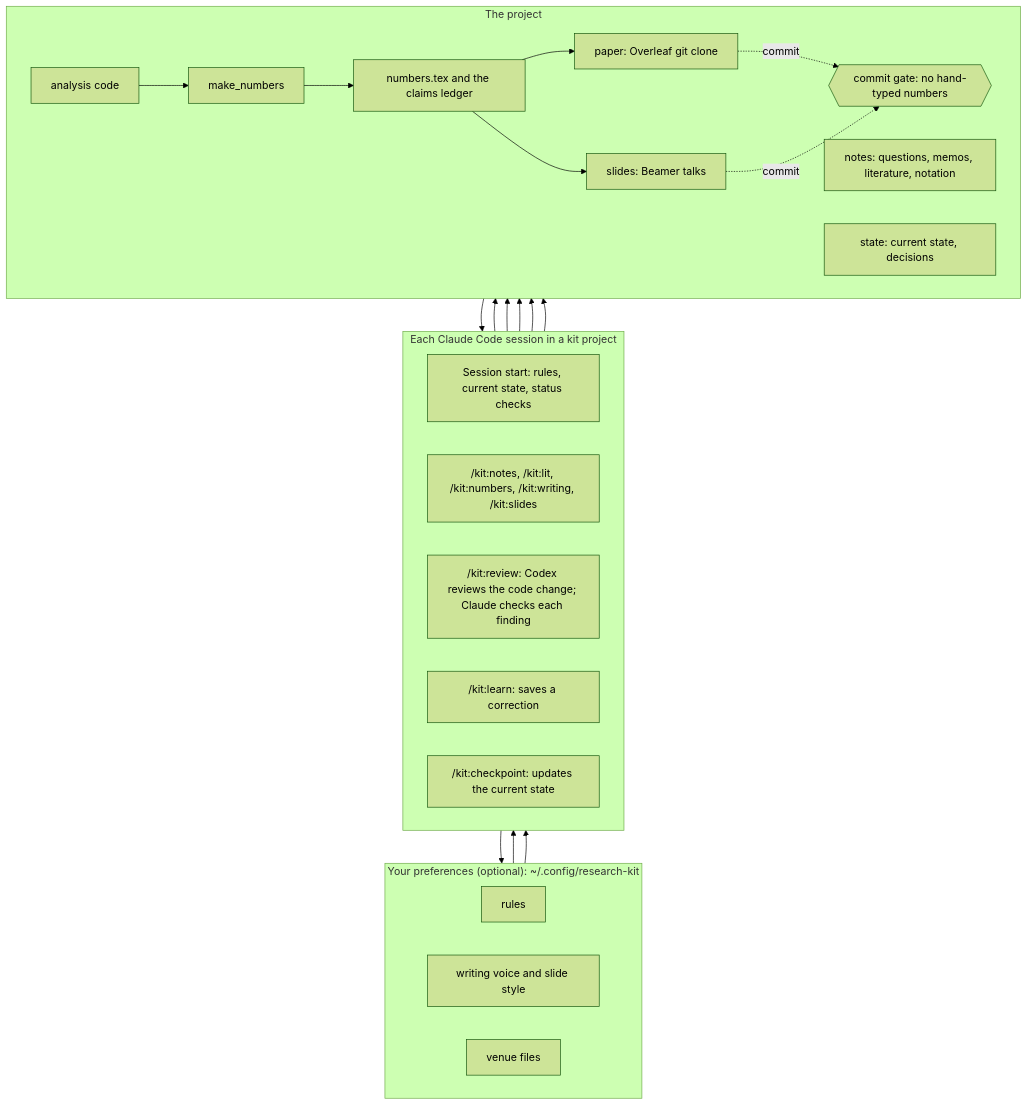
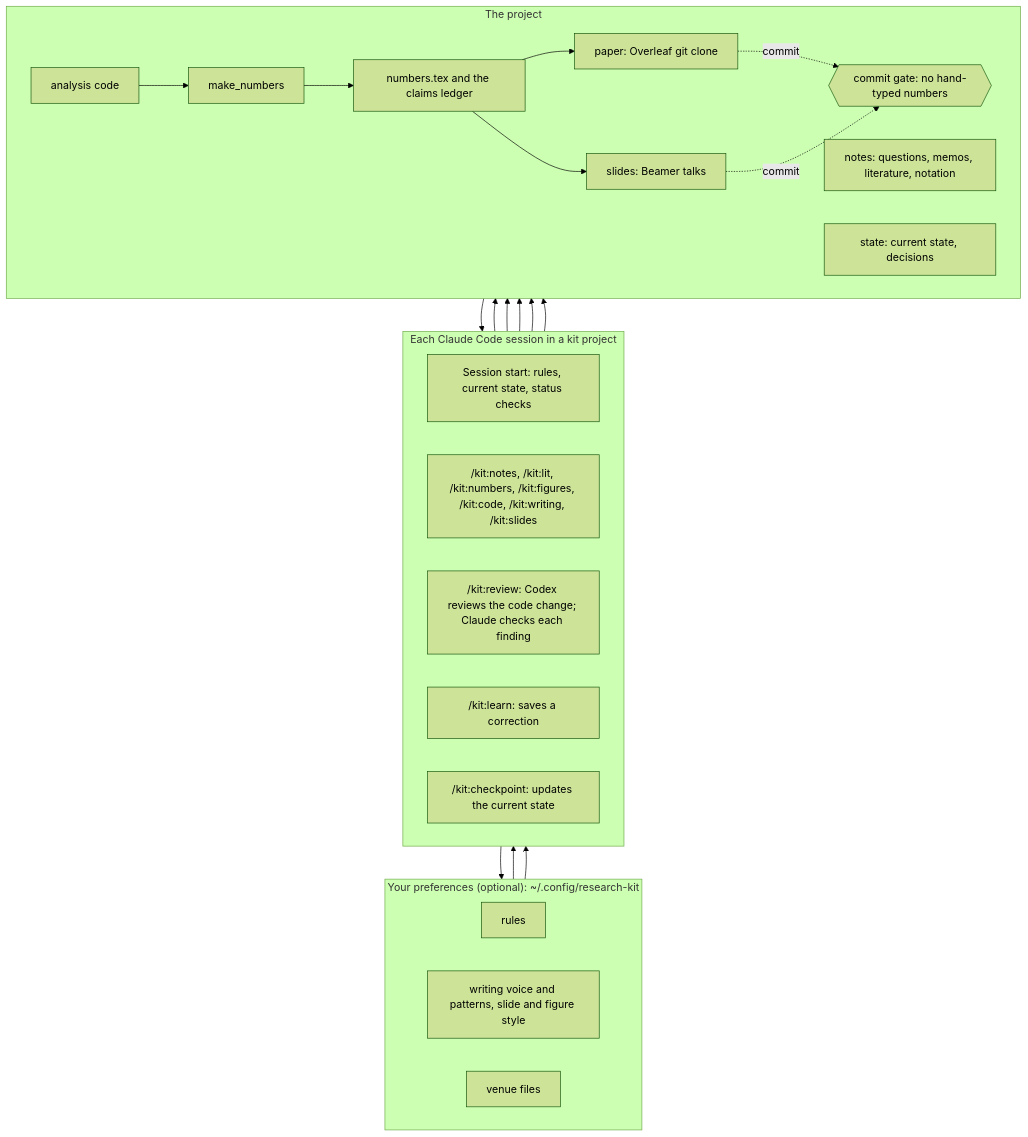
The diagram in README.md (zjelveh/research-kit), drawn with Mermaid (forest theme) before and after one commit. The commit also changed other lines of this file and 113 other files, not shown here.

````diff
--- a/README.md
+++ b/README.md
@@ -9,45 +9,45 @@
 ```mermaid
 flowchart TB
     subgraph you["Your preferences (optional): ~/.config/research-kit"]
         direction LR
         prules["rules"]
-        pvoice["writing voice and slide style"]
+        pvoice["writing voice and patterns, slide and figure style"]
         pvenue["venue files"]
     end
 
     subgraph session["Each Claude Code session in a kit project"]
         direction LR
         start["Session start: rules, current state, status checks"]
-        skills["/kit:notes, /kit:lit, /kit:numbers, /kit:writing, /kit:slides"]
+        skills["/kit:notes, /kit:lit, /kit:numbers, /kit:figures, /kit:code, /kit:writing, /kit:slides"]
         review["/kit:review: Codex reviews the code change; Claude checks each finding"]
         learn["/kit:learn: saves a correction"]
         checkpoint["/kit:checkpoint: updates the current state"]
     end
 
     subgraph project["The project"]
         direction LR
         code["analysis code"]
         make["make_numbers"]
         numbers["numbers.tex and the claims ledger"]
         paper["paper: Overleaf git clone"]
         talks["slides: Beamer talks"]
         notes["notes: questions, memos, literature, notation"]
         state["state: current state, decisions"]
         gate{{"commit gate: no hand-typed numbers"}}
         code --> make --> numbers
         numbers --> paper
         numbers --> talks
         paper -. commit .-> gate
         talks -. commit .-> gate
     end
 
     you --> start
     you --> skills
     learn --> you
     state --> start
     checkpoint --> state
     skills --> notes
     skills --> paper
     skills --> talks
     review --> code
 ```
````
